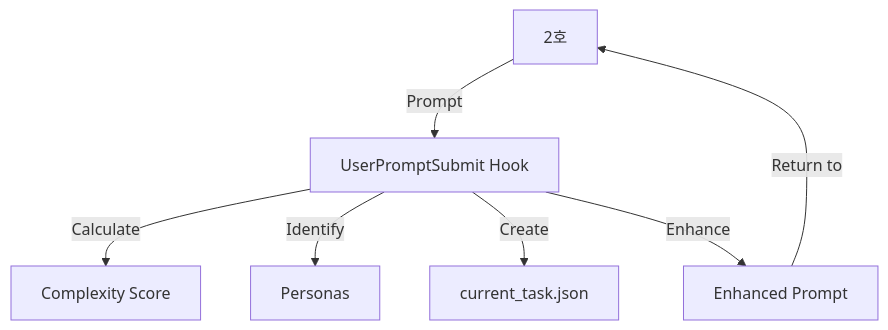
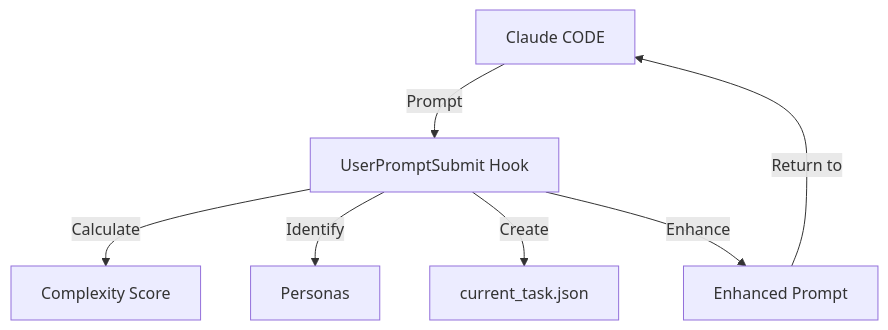
Before and after one commit to Jaesun23/spark-claude: the second of 3 diagrams in docs/SPARK_INTEGRATED_ARCHITECTURE.md, drawn with Mermaid. The commit also changed other lines of this file and 6 other files, not shown here.

````diff
--- a/docs/SPARK_INTEGRATED_ARCHITECTURE.md
+++ b/docs/SPARK_INTEGRATED_ARCHITECTURE.md
@@ -61,9 +61,9 @@
 ```mermaid
 graph TD
-    O[2호] -->|Prompt| H[UserPromptSubmit Hook]
+    O[Claude CODE] -->|Prompt| H[UserPromptSubmit Hook]
     H -->|Calculate| CX[Complexity Score]
     H -->|Identify| P[Personas]
     H -->|Create| J[current_task.json]
     H -->|Enhance| EP[Enhanced Prompt]
     EP -->|Return to| O
 ```
````
